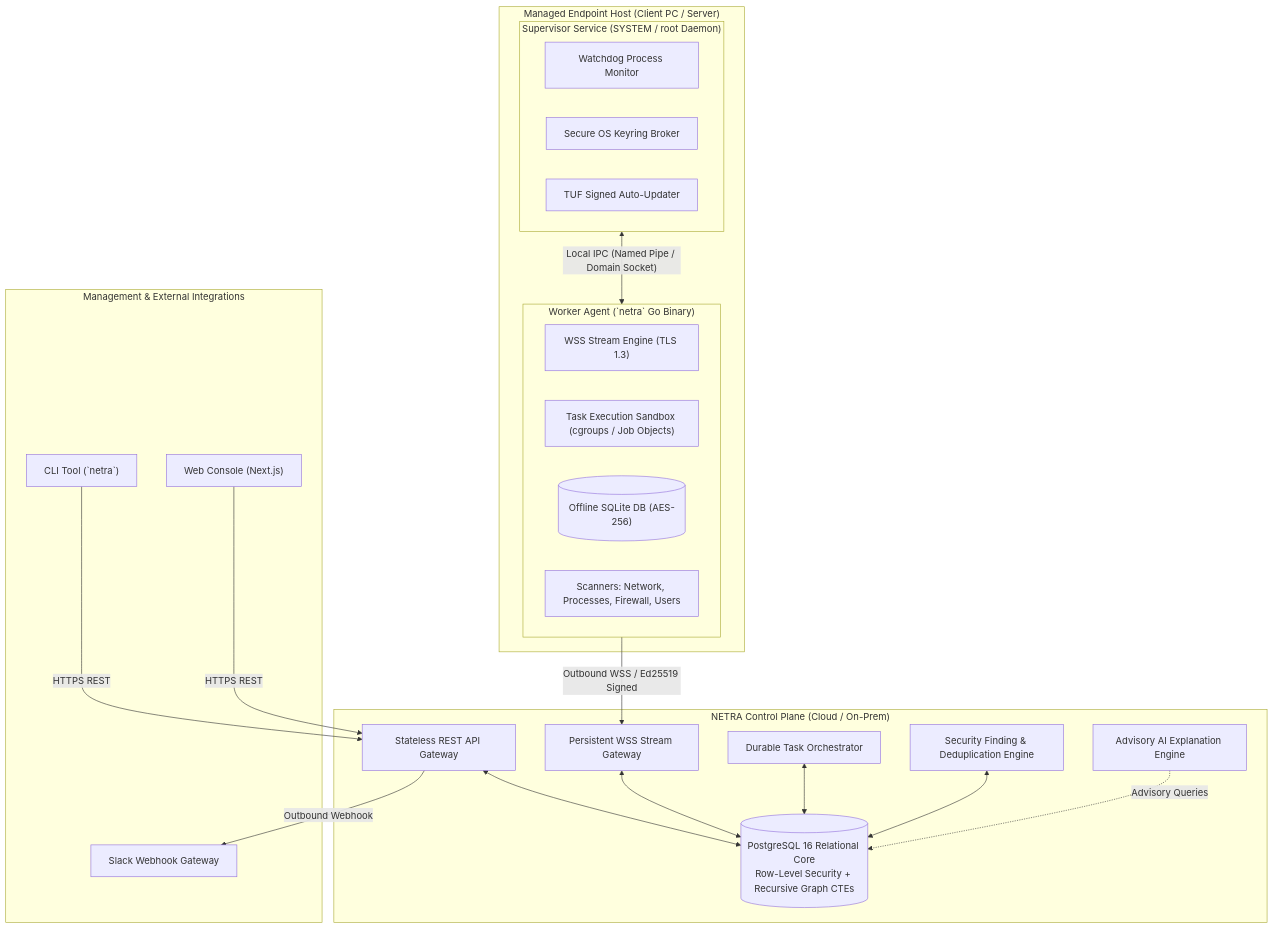
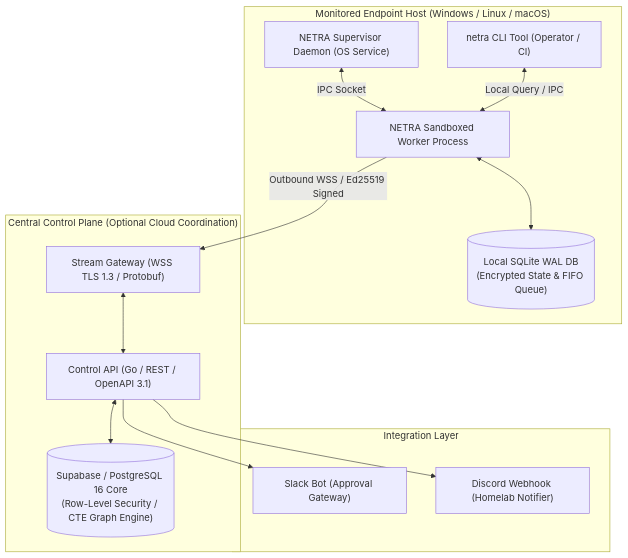
The second of 8 diagrams in docs/ARCHITECTURE.md (Subhadip-Paul2006/NETRA-Backend), drawn with Mermaid before and after one commit. The commit also changed other lines of this file and 15 other files, not shown here.

Commit message:
docs: establish authoritative open-source academic architecture & technical specification suite

````diff
--- a/docs/ARCHITECTURE.md
+++ b/docs/ARCHITECTURE.md
@@ -27,43 +50,31 @@
 ```mermaid
 flowchart TD
-    subgraph ClientHost["Managed Endpoint Host (Client PC / Server)"]
-        subgraph Supervisor["Supervisor Service (SYSTEM / root Daemon)"]
-            Watchdog["Watchdog Process Monitor"]
-            KeyBroker["Secure OS Keyring Broker"]
-            Updater["TUF Signed Auto-Updater"]
-        end
-        subgraph Worker["Worker Agent (`netra` Go Binary)"]
-            WSSClient["WSS Stream Engine (TLS 1.3)"]
-            Sandbox["Task Execution Sandbox (cgroups / Job Objects)"]
-            LocalCache[("Offline SQLite DB (AES-256)")]
-            Scanners["Scanners: Network, Processes, Firewall, Users"]
-        end
-        Supervisor <-- Local IPC (Named Pipe / Domain Socket) --> Worker
+    subgraph Host["Monitored Endpoint Host (Windows / Linux / macOS)"]
+        Supervisor["NETRA Supervisor Daemon (OS Service)"]
+        Worker["NETRA Sandboxed Worker Process"]
+        SQLite[("Local SQLite WAL DB<br/>(Encrypted State & FIFO Queue)")]
+        CLI["netra CLI Tool (Operator / CI)"]
+        
+        Supervisor <-->|IPC Socket| Worker
+        Worker <--> SQLite
+        CLI <-->|Local Query / IPC| Worker
     end
 
-    subgraph ControlPlane["NETRA Control Plane (Cloud / On-Prem)"]
-        APIGateway["Stateless REST API Gateway"]
-        WSSGateway["Persistent WSS Stream Gateway"]
-        TaskEngine["Durable Task Orchestrator"]
-        IntelEngine["Security Finding & Deduplication Engine"]
-        AILayer["Advisory AI Explanation Engine"]
-        Postgres[("PostgreSQL 16 Relational Core<br/>Row-Level Security + Recursive Graph CTEs")]
-
-        APIGateway <--> Postgres
-        WSSGateway <--> Postgres
-        TaskEngine <--> Postgres
-        IntelEngine <--> Postgres
-        AILayer -. Advisory Queries .-> Postgres
+    subgraph Cloud["Central Control Plane (Optional Cloud Coordination)"]
+        WSS["Stream Gateway (WSS TLS 1.3 / Protobuf)"]
+        API["Control API (Go / REST / OpenAPI 3.1)"]
+        Supa[("Supabase / PostgreSQL 16 Core<br/>(Row-Level Security / CTE Graph Engine)")]
+        
+        WSS <--> API
+        API <--> Supa
     end
 
-    subgraph Management["Management & External Integrations"]
-        CLI["CLI Tool (`netra`)"]
-        WebUI["Web Console (Next.js)"]
-        Slack["Slack Webhook Gateway"]
+    subgraph Integrations["Integration Layer"]
+        Slack["Slack Bot (Approval Gateway)"]
+        Discord["Discord Webhook (Homelab Notifier)"]
     end
 
-    CLI -->|HTTPS REST| APIGateway
-    WebUI -->|HTTPS REST| APIGateway
-    APIGateway -->|Outbound Webhook| Slack
-    Worker -->|Outbound WSS / Ed25519 Signed| WSSGateway
+    Worker -->|Outbound WSS / Ed25519 Signed| WSS
+    API --> Slack
+    API --> Discord
 ```
````
